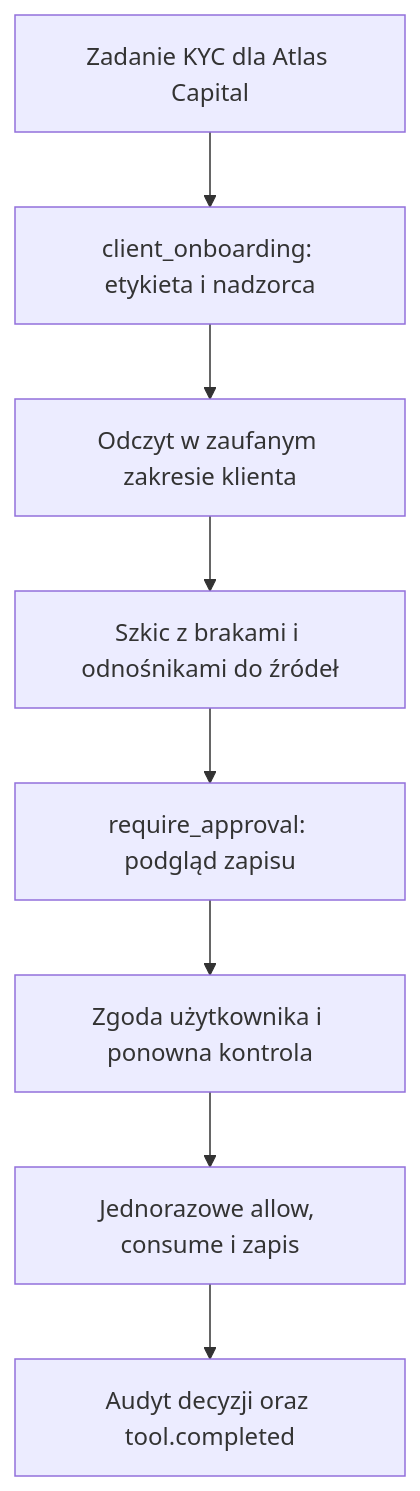
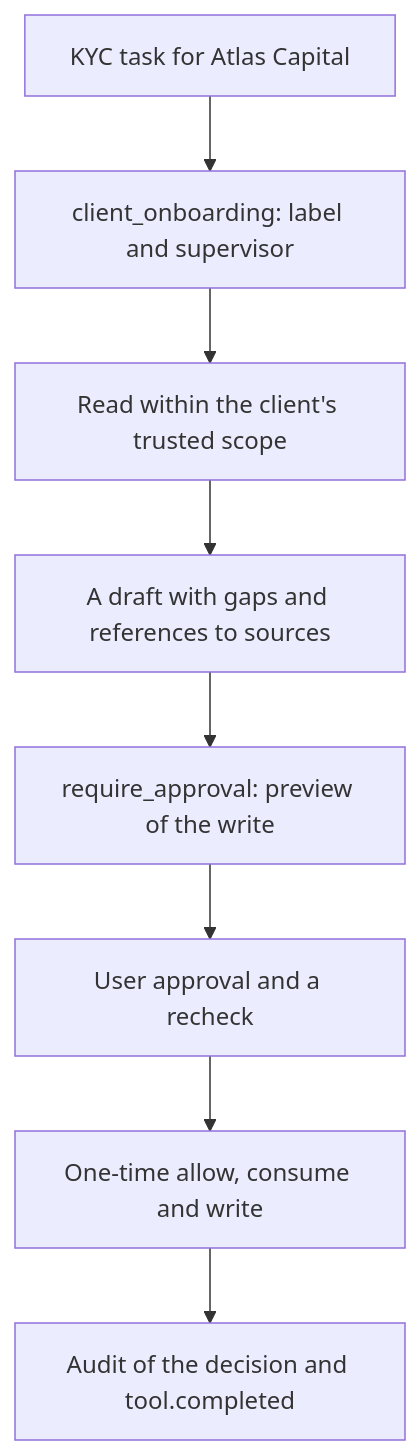
Before and after one commit to VashingMachine/hackyeah2026: the third of 5 diagrams in website/dist/docs/blackwall-koncepcja-i-plan-dema.md, drawn with Mermaid. The commit also changed other lines of this file and 11 other files, not shown here.

````diff
--- a/website/dist/docs/blackwall-koncepcja-i-plan-dema.md
+++ b/website/dist/docs/blackwall-koncepcja-i-plan-dema.md
@@ -1033,10 +1033,10 @@
 ```mermaid
 flowchart TD
-    U[Zadanie KYC dla Atlas Capital] --> T[client_onboarding: etykieta i nadzorca]
-    T --> R[Odczyt w zaufanym zakresie klienta]
-    R --> D[Szkic z brakami i odnośnikami do źródeł]
-    D --> A[require_approval: podgląd zapisu]
-    A --> C[Zgoda użytkownika i ponowna kontrola]
-    C --> W[Jednorazowe allow, consume i zapis]
-    W --> E[Audyt decyzji oraz tool.completed]
+    U[KYC task for Atlas Capital] --> T[client_onboarding: label and supervisor]
+    T --> R[Read within the client's trusted scope]
+    R --> D[A draft with gaps and references to sources]
+    D --> A[require_approval: preview of the write]
+    A --> C[User approval and a recheck]
+    C --> W[One-time allow, consume and write]
+    W --> E[Audit of the decision and tool.completed]
 ```
````
